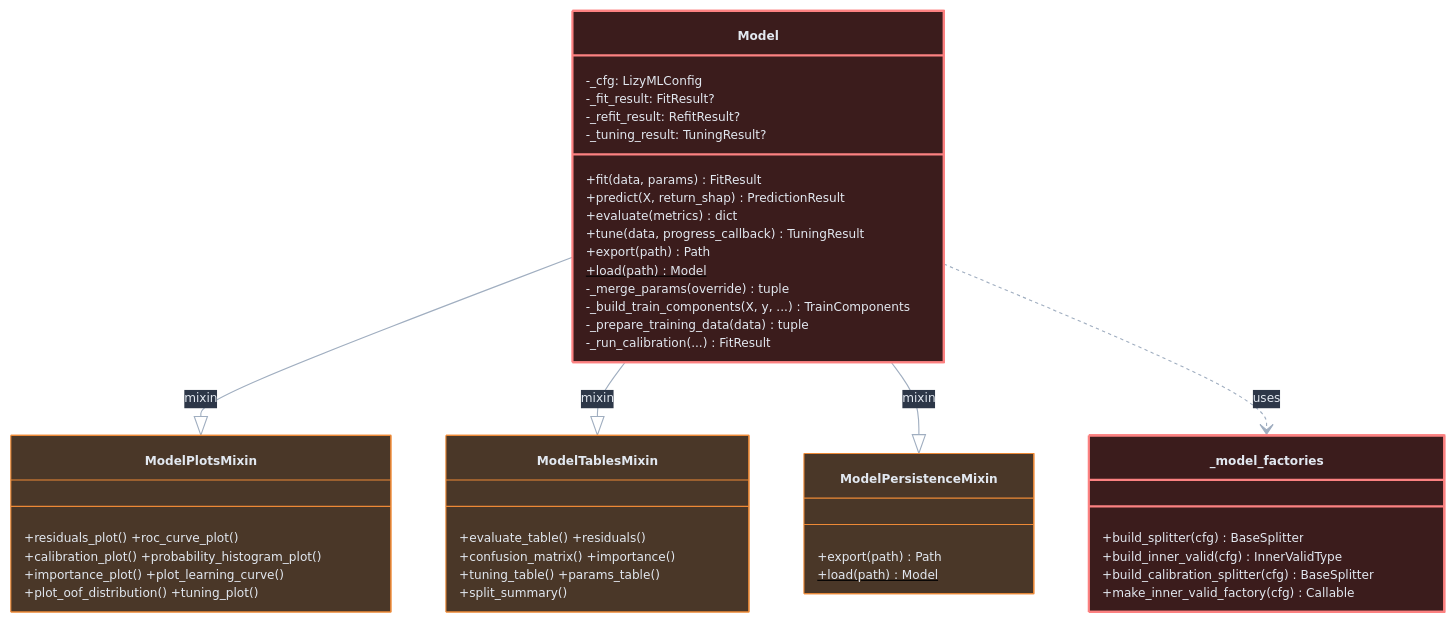
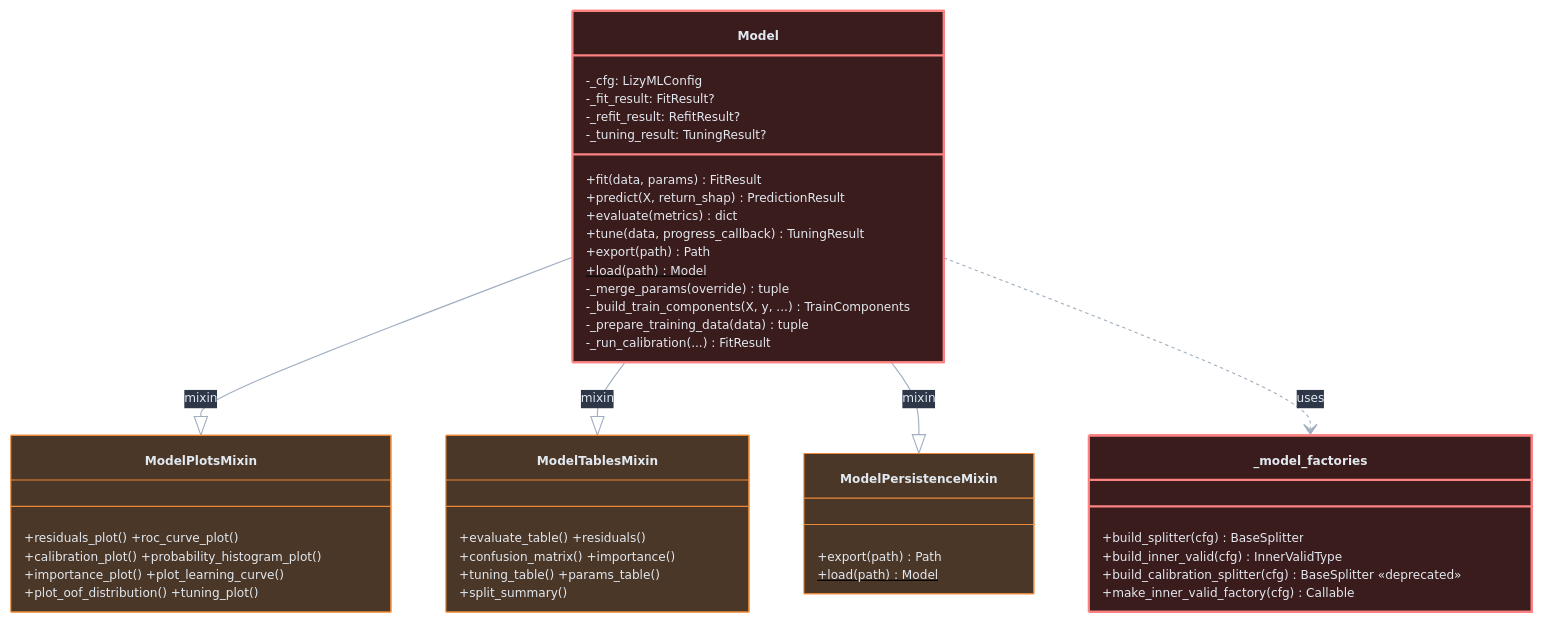
One commit to nbx-liz/LizyML changed the seventh of 7 diagrams in ARCHITECTURE.md. Above: the diagram before and after it, drawn with Mermaid. The commit also changed other lines of this file and 1 other file, not shown here.

Commit message:
docs(H-0058): update README and ARCHITECTURE for calibration changes
- README.md: mark calibration.n_splits as deprecated, update runtime
  notes to describe outer CV splits reuse
- ARCHITECTURE.md: add deprecated notation to CalibrationConfig.n_splits
  and build_calibration_splitter() in class diagrams

````diff
--- a/ARCHITECTURE.md
+++ b/ARCHITECTURE.md
@@ -495,52 +495,52 @@
 ```mermaid
 %%{init: {'theme': 'base', 'themeVariables': {'fontSize': '11px', 'primaryColor': '#2d3748', 'primaryTextColor': '#e2e8f0', 'lineColor': '#a0aec0', 'background': '#1a202c', 'mainBkg': '#2d3748', 'nodeBorder': '#718096'}}}%%
 classDiagram
     direction TB
 
     class Model:::facadeClass {
         -_cfg: LizyMLConfig
         -_fit_result: FitResult?
         -_refit_result: RefitResult?
         -_tuning_result: TuningResult?
         +fit(data, params) FitResult
         +predict(X, return_shap) PredictionResult
         +evaluate(metrics) dict
         +tune(data, progress_callback) TuningResult
         +export(path) Path
         +load(path)$ Model
         -_merge_params(override) tuple
         -_build_train_components(X, y, ...) TrainComponents
         -_prepare_training_data(data) tuple
         -_run_calibration(...) FitResult
     }
     class ModelPlotsMixin:::mixinClass {
         +residuals_plot() +roc_curve_plot()
         +calibration_plot() +probability_histogram_plot()
         +importance_plot() +plot_learning_curve()
         +plot_oof_distribution() +tuning_plot()
     }
     class ModelTablesMixin:::mixinClass {
         +evaluate_table() +residuals()
         +confusion_matrix() +importance()
         +tuning_table() +params_table()
         +split_summary()
     }
     class ModelPersistenceMixin:::mixinClass {
         +export(path) Path
         +load(path)$ Model
     }
     class _model_factories:::facadeClass {
         +build_splitter(cfg) BaseSplitter
         +build_inner_valid(cfg) InnerValidType
-        +build_calibration_splitter(cfg) BaseSplitter
+        +build_calibration_splitter(cfg) BaseSplitter «deprecated»
         +make_inner_valid_factory(cfg) Callable
     }
 
     Model --|> ModelPlotsMixin : mixin
     Model --|> ModelTablesMixin : mixin
     Model --|> ModelPersistenceMixin : mixin
     Model ..> _model_factories : uses
 
     classDef facadeClass fill:#3b1c1c,stroke:#fc8181,color:#e2e8f0,stroke-width:2px
     classDef mixinClass fill:#4a3728,stroke:#ed8936,color:#e2e8f0
 ```
````
